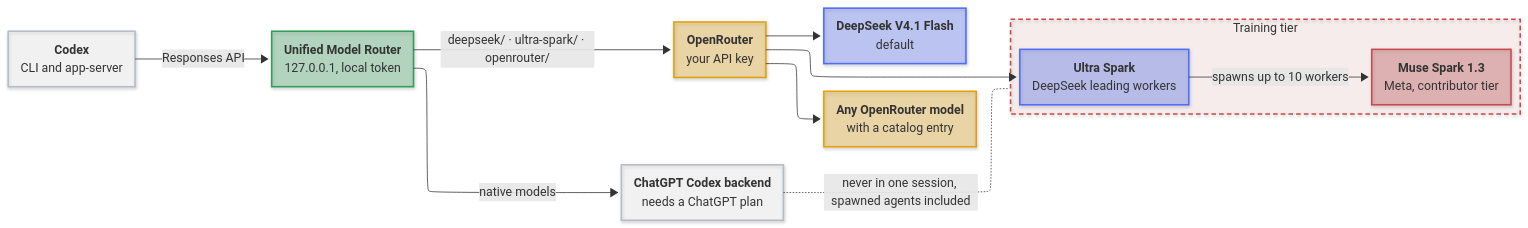
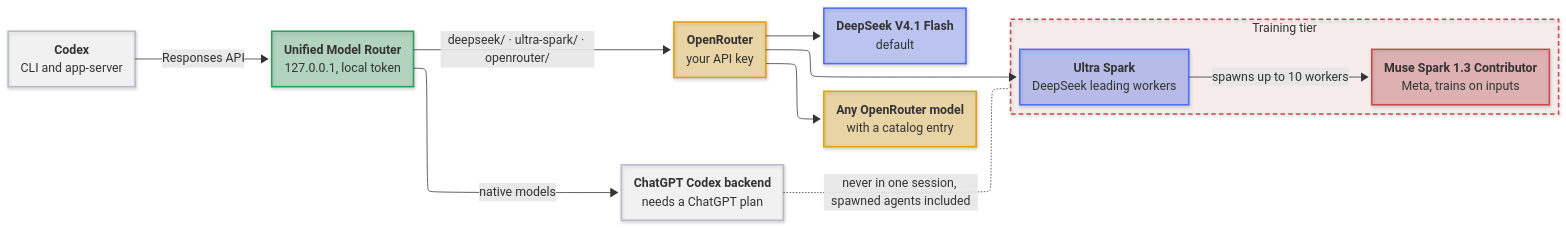
The diagram in README.md (mirzahusadzic/codex-unified-model-router), drawn with Mermaid before and after one commit. The commit also changed other lines of this file, not shown here.

First line of the commit message:
docs: name Muse Spark 1.3 Contributor in the README's first mentions

````diff
--- a/README.md
+++ b/README.md
@@ -24,78 +24,78 @@
 ```mermaid
 ---
 config:
     layout: elk
     look: neo
     flowchart:
         wrappingWidth: 400
     themeCSS: >-
         foreignObject { overflow: visible; }
         code { font-family: ui-monospace, SFMono-Regular, "SF Mono", Menlo,
         Consolas, monospace; font-size: 0.9em; line-height: inherit;
         color: inherit !important; text-shadow: none !important;
         padding: 0 4px; border-radius: 4px;
         background: color-mix(in srgb, currentColor 14%, transparent)
         !important; }
         .edgeLabel, .edgeLabel p, .edgeLabel span {
         background: transparent !important; }
         .edgeLabel rect { fill: transparent !important; }
         .labelBkg { --knock: var(--vscode-editor-background,
         var(--bgColor-default, rgb(from currentColor
         clamp(30, (128 - r) * 100, 255) clamp(30, (128 - r) * 100, 255)
         clamp(30, (128 - r) * 100, 255)))); --ring: var(--knock);
         --fill: color-mix(in srgb, var(--ring) 30%, var(--knock));
         background: var(--fill) !important; border-radius: 4px;
         box-shadow: 0 0 0 5px var(--fill), 0 0 0 7px var(--ring); }
         .label[data-id^="L_CX_RT_"] .labelBkg {
         --ring: #2e9e5b; }
         .label[data-id^="L_RT_OR_"] .labelBkg {
         --ring: #e3a008; }
         .label[data-id^="L_RT_OA_"] .labelBkg {
         --ring: #b5bcc6; }
         .label[data-id^="L_US_MU_"] .labelBkg,
         .label[data-id^="L_OA_TT_"] .labelBkg {
         --ring: #c94a4a; }
         .edgeLabel p, .edgeLabel span, .edgeLabel text {
         --halo: var(--fill, var(--vscode-editor-background,
         var(--bgColor-default,
         rgb(from currentColor clamp(0, (128 - r) * 100, 255)
         clamp(0, (128 - r) * 100, 255) clamp(0, (128 - r) * 100, 255)))));
         text-shadow: 1px 0 var(--halo), -1px 0 var(--halo),
         0 1px var(--halo), 0 -1px var(--halo), 1px 1px var(--halo),
         -1px -1px var(--halo), 1px -1px var(--halo), -1px 1px var(--halo),
         0 0 3px var(--halo), 0 0 4px var(--halo); }
 ---
 flowchart LR
     CX["<b>Codex</b><br/>CLI and app-server"]
     RT["<b>Unified Model Router</b><br/>127.0.0.1, local token"]
     OR["<b>OpenRouter</b><br/>your API key"]
     OA["<b>ChatGPT Codex backend</b><br/>needs a ChatGPT plan"]
     DS["<b>DeepSeek V4.1 Flash</b><br/>default"]
     AM["<b>Any OpenRouter model</b><br/>with a catalog entry"]
     subgraph TT["Training tier"]
         US["<b>Ultra Spark</b><br/>DeepSeek leading workers"]
-        MU["<b>Muse Spark 1.3</b><br/>Meta, contributor tier"]
+        MU["<b>Muse Spark 1.3 Contributor</b><br/>Meta, trains on inputs"]
     end
     CX -->|"Responses API"| RT
     RT -->|"deepseek/ · ultra-spark/ · openrouter/"| OR
     RT -->|"native models"| OA
     OR --> DS
     OR --> AM
     OR --> US
     US -->|"spawns up to 10 workers"| MU
     OA -.-|"never in one session, spawned agents included"| TT
 
     classDef default fill:#8a96a82e,stroke:#8a96a8,stroke-width:1px
     classDef router fill:#2e9e5b4d,stroke:#2e9e5b,stroke-width:2px
     classDef openrouter fill:#e3a0084d,stroke:#e3a008,stroke-width:2px
     classDef deepseek fill:#4d6bfe4d,stroke:#4d6bfe,stroke-width:2px
     classDef openai fill:#ffffff40,stroke:#b5bcc6,stroke-width:2px
     classDef training fill:#c94a4a4d,stroke:#c94a4a,stroke-width:2px
     classDef trainingTier fill:#c94a4a14,stroke:#c94a4a,stroke-width:2px,stroke-dasharray:6 4
     class RT router
     class OR,AM openrouter
     class DS,US deepseek
     class CX,OA openai
     class MU training
     class TT trainingTier
 ```
````
